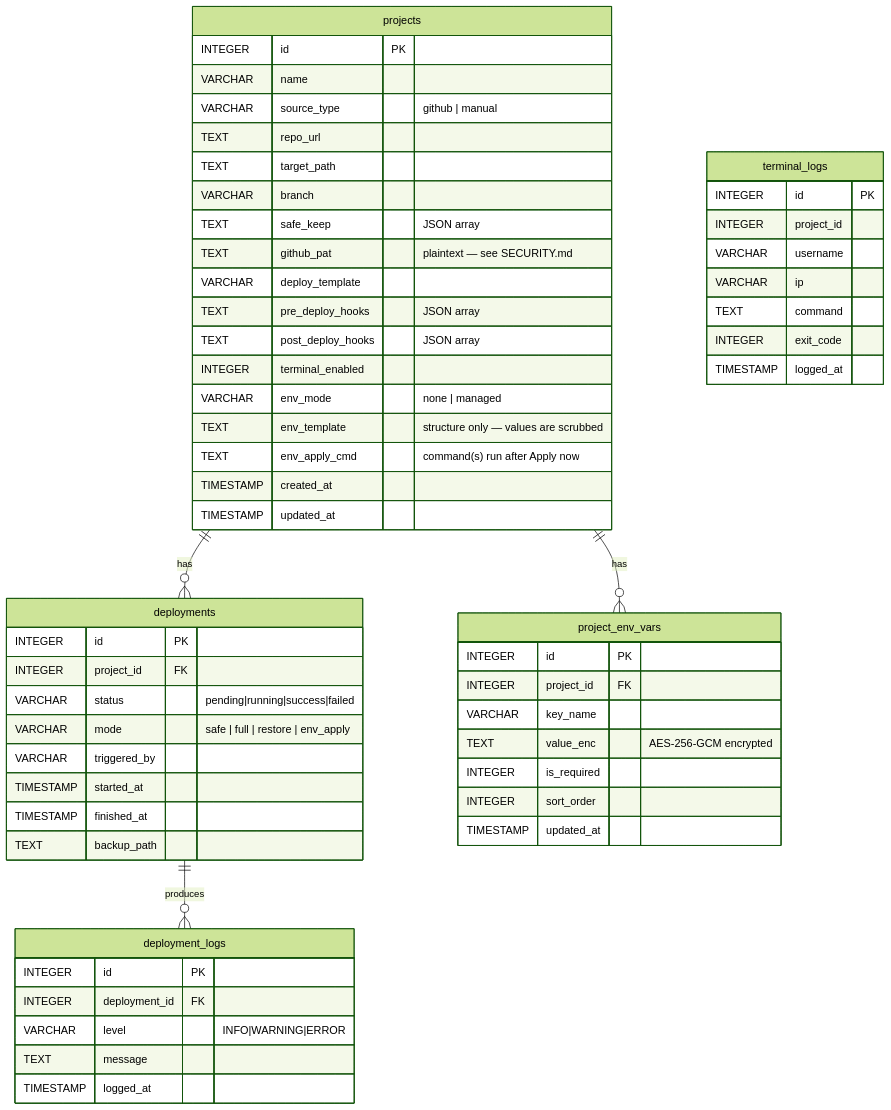
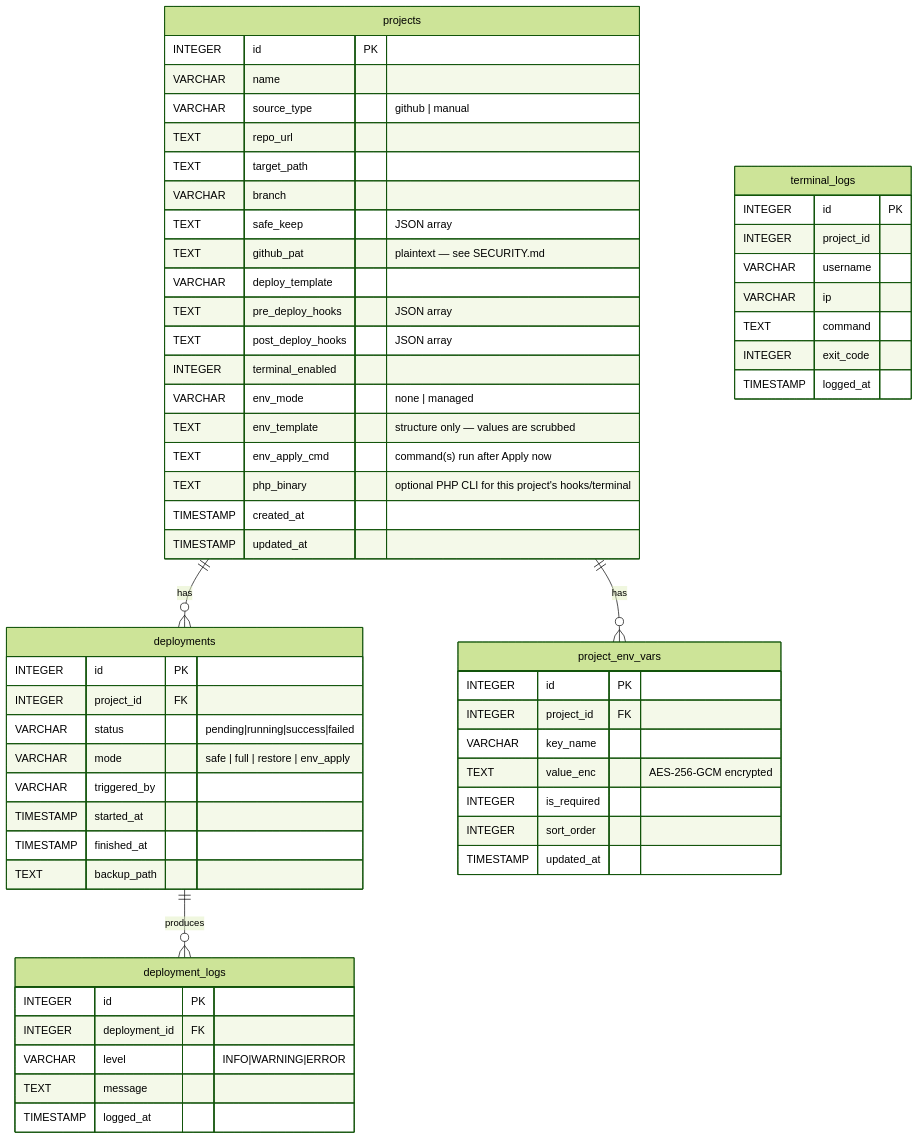
One commit to tumbujohn/TeraPH-Web-Deployer changed the second of 3 diagrams in docs/ARCHITECTURE.md. Above: the diagram before and after it, drawn with Mermaid (forest theme). The commit also changed other lines of this file and 18 other files, not shown here.

````diff
--- a/docs/ARCHITECTURE.md
+++ b/docs/ARCHITECTURE.md
@@ -152,65 +153,66 @@
 ```mermaid
 erDiagram
     projects ||--o{ deployments : "has"
     projects ||--o{ project_env_vars : "has"
     deployments ||--o{ deployment_logs : "produces"
 
     projects {
         INTEGER id PK
         VARCHAR name
         VARCHAR source_type "github | manual"
         TEXT repo_url
         TEXT target_path
         VARCHAR branch
         TEXT safe_keep "JSON array"
         TEXT github_pat "plaintext — see SECURITY.md"
         VARCHAR deploy_template
         TEXT pre_deploy_hooks "JSON array"
         TEXT post_deploy_hooks "JSON array"
         INTEGER terminal_enabled
         VARCHAR env_mode "none | managed"
         TEXT env_template "structure only — values are scrubbed"
         TEXT env_apply_cmd "command(s) run after Apply now"
+        TEXT php_binary "optional PHP CLI for this project's hooks/terminal"
         TIMESTAMP created_at
         TIMESTAMP updated_at
     }
 
     deployments {
         INTEGER id PK
         INTEGER project_id FK
         VARCHAR status "pending|running|success|failed"
         VARCHAR mode "safe | full | restore | env_apply"
         VARCHAR triggered_by
         TIMESTAMP started_at
         TIMESTAMP finished_at
         TEXT backup_path
     }
 
     deployment_logs {
         INTEGER id PK
         INTEGER deployment_id FK
         VARCHAR level "INFO|WARNING|ERROR"
         TEXT message
         TIMESTAMP logged_at
     }
 
     project_env_vars {
         INTEGER id PK
         INTEGER project_id FK
         VARCHAR key_name
         TEXT value_enc "AES-256-GCM encrypted"
         INTEGER is_required
         INTEGER sort_order
         TIMESTAMP updated_at
     }
 
     terminal_logs {
         INTEGER id PK
         INTEGER project_id
         VARCHAR username
         VARCHAR ip
         TEXT command
         INTEGER exit_code
         TIMESTAMP logged_at
     }
 ```
````
